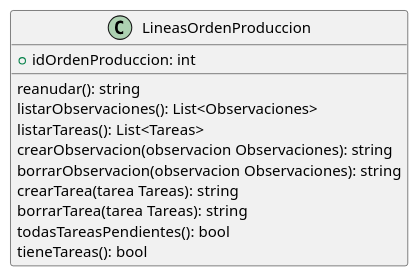
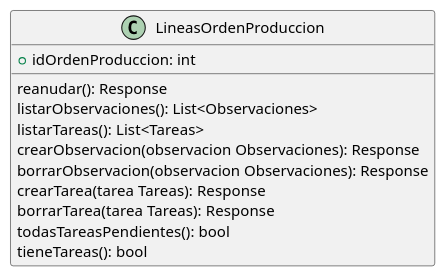
The diagram in DiagramaClases/Clases/LineasOrdenProduccion.puml (ZMGestion/DocumentacionZMGestion), drawn with PlantUML before and after one commit. The commit also changed 27 other files, not shown here.

```diff
--- a/DiagramaClases/Clases/LineasOrdenProduccion.puml
+++ b/DiagramaClases/Clases/LineasOrdenProduccion.puml
@@ -1,16 +1,16 @@
 @startuml LineasOrdenProduccion
 class LineasOrdenProduccion{
     +idOrdenProduccion: int
 
-    reanudar(): string
+    reanudar(): Response
     listarObservaciones(): List<Observaciones>
     listarTareas(): List<Tareas>
-    crearObservacion(observacion Observaciones): string
-    borrarObservacion(observacion Observaciones): string
-    crearTarea(tarea Tareas): string
-    borrarTarea(tarea Tareas): string
+    crearObservacion(observacion Observaciones): Response
+    borrarObservacion(observacion Observaciones): Response
+    crearTarea(tarea Tareas): Response
+    borrarTarea(tarea Tareas): Response
     todasTareasPendientes(): bool
     tieneTareas(): bool
 
 }
 @enduml
```
